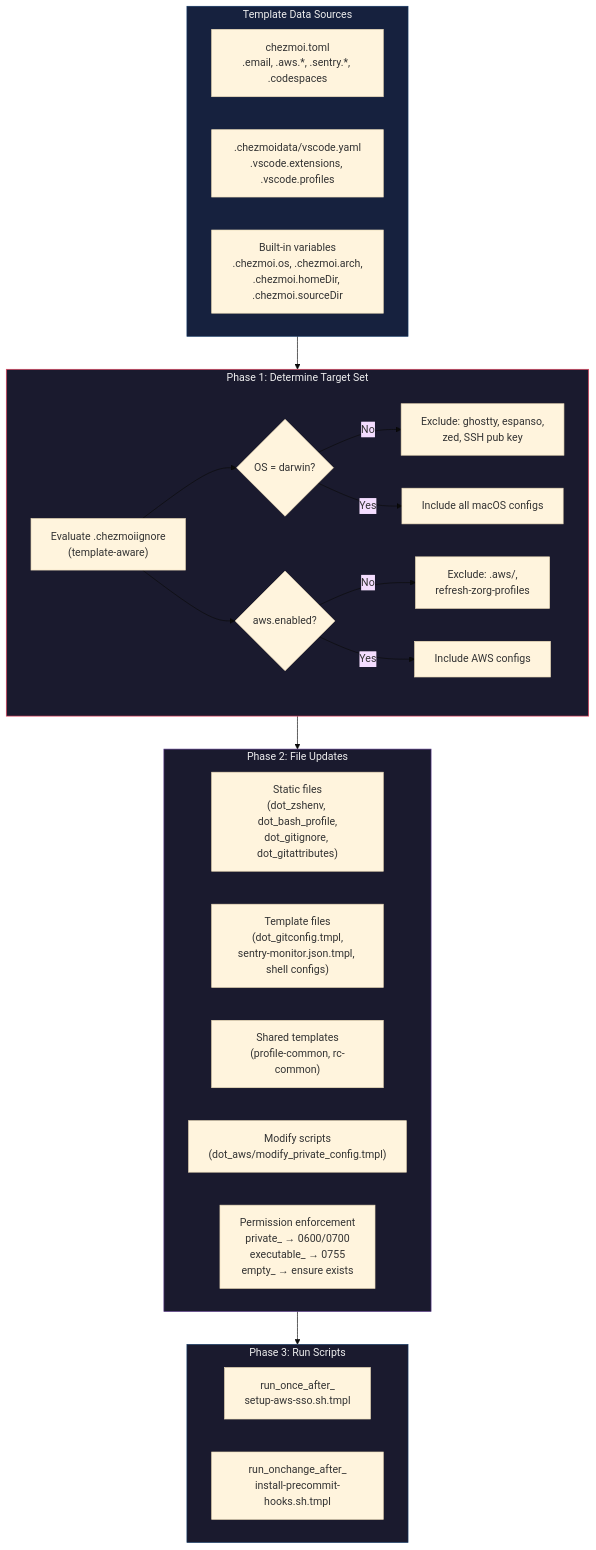
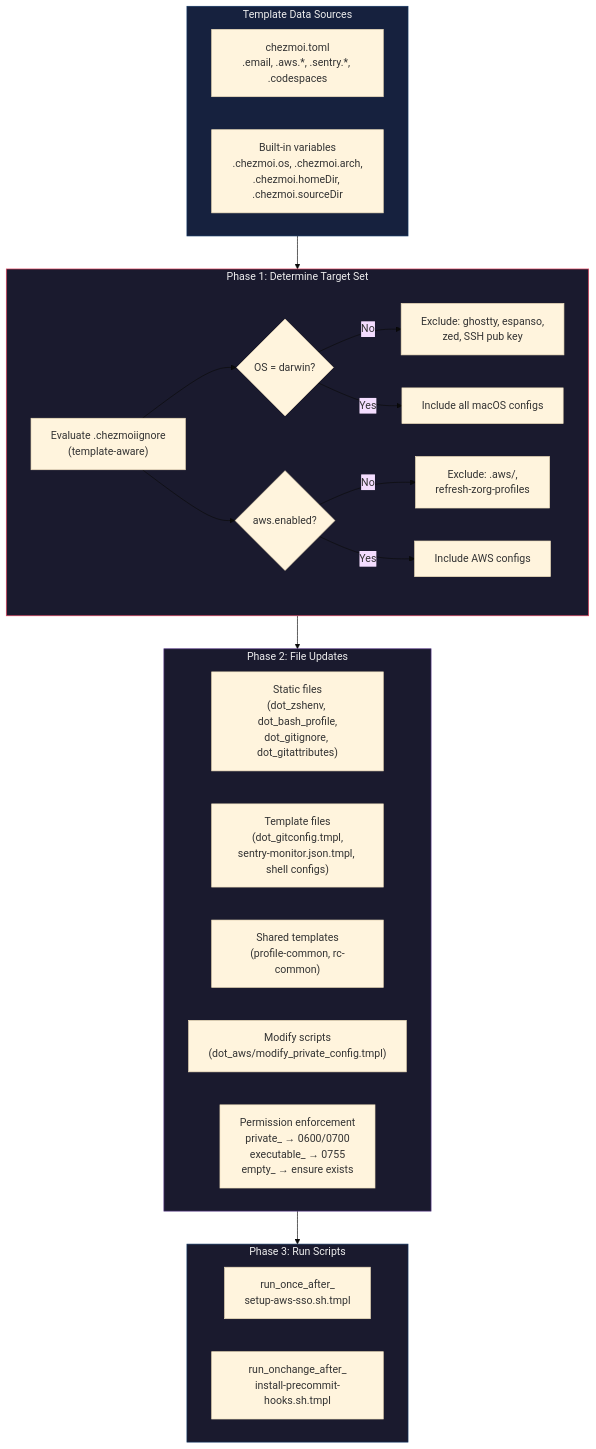
One commit to gillisandrew/dotfiles changed the diagram in docs/diagrams/03-apply.md. Above: the diagram before and after it, drawn with Mermaid (base theme). The commit also changed 2 other files, not shown here.

Commit message:
brew: drop VSCodium and unused vscode data

````diff
--- a/docs/diagrams/03-apply.md
+++ b/docs/diagrams/03-apply.md
@@ -5,40 +5,39 @@
 ```mermaid
 flowchart TD
     subgraph data ["Template Data Sources"]
         TD1["chezmoi.toml<br/>.email, .aws.*, .sentry.*, .codespaces"]
-        TD2[".chezmoidata/vscode.yaml<br/>.vscode.extensions, .vscode.profiles"]
         TD3["Built-in variables<br/>.chezmoi.os, .chezmoi.arch,<br/>.chezmoi.homeDir, .chezmoi.sourceDir"]
     end
 
     subgraph phase1 ["Phase 1: Determine Target Set"]
         A["Evaluate .chezmoiignore<br/>(template-aware)"]
         A --> B{"OS = darwin?"}
         B -- No --> C["Exclude: ghostty, espanso,<br/>zed, SSH pub key"]
         B -- Yes --> D["Include all macOS configs"]
         A --> E{"aws.enabled?"}
         E -- No --> F["Exclude: .aws/,<br/>refresh-zorg-profiles"]
         E -- Yes --> G["Include AWS configs"]
     end
 
     subgraph phase2 ["Phase 2: File Updates"]
         H["Static files<br/>(dot_zshenv, dot_bash_profile,<br/>dot_gitignore, dot_gitattributes)"]
         I["Template files<br/>(dot_gitconfig.tmpl,<br/>sentry-monitor.json.tmpl, shell configs)"]
         J["Shared templates<br/>(profile-common, rc-common)"]
         K["Modify scripts<br/>(dot_aws/modify_private_config.tmpl)"]
         L["Permission enforcement<br/>private_ → 0600/0700<br/>executable_ → 0755<br/>empty_ → ensure exists"]
     end
 
     subgraph phase3 ["Phase 3: Run Scripts"]
         M["run_once_after_<br/>setup-aws-sso.sh.tmpl"]
         N["run_onchange_after_<br/>install-precommit-hooks.sh.tmpl"]
     end
 
     data --> phase1
     phase1 --> phase2
     phase2 --> phase3
 
     style data fill:#16213e,stroke:#0f3460,color:#eee
     style phase1 fill:#1a1a2e,stroke:#e94560,color:#eee
     style phase2 fill:#1a1a2e,stroke:#533483,color:#eee
     style phase3 fill:#1a1a2e,stroke:#0f3460,color:#eee
 ```
````
